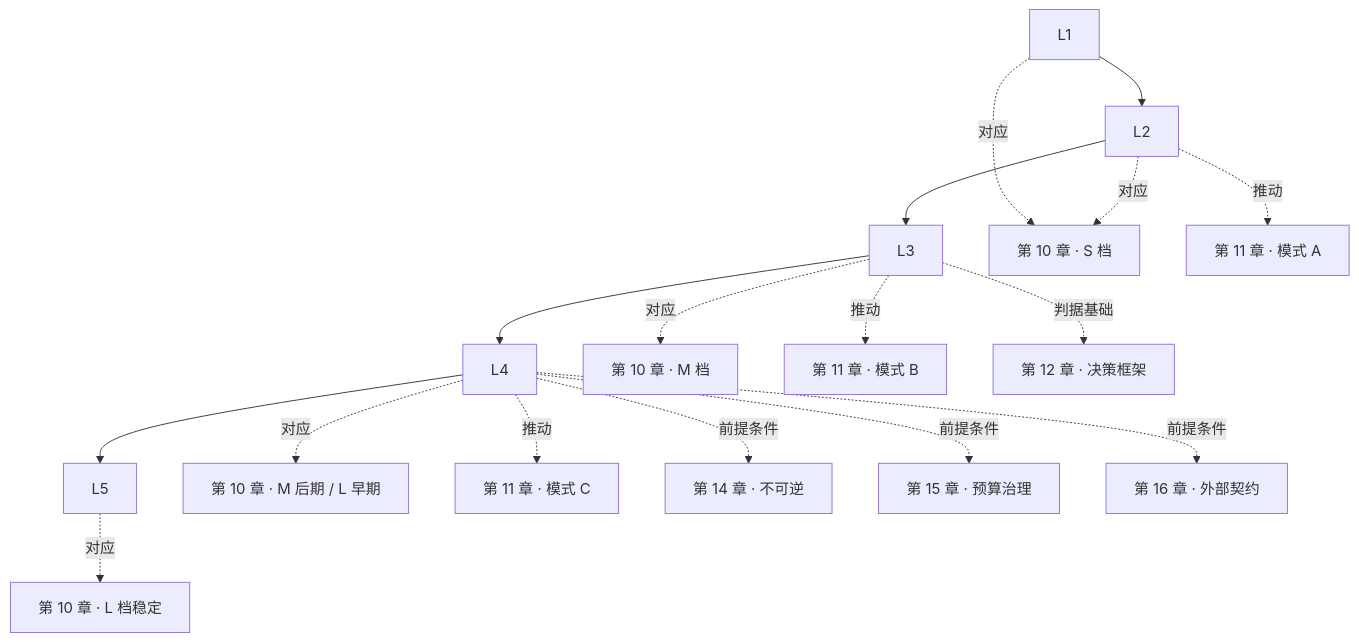
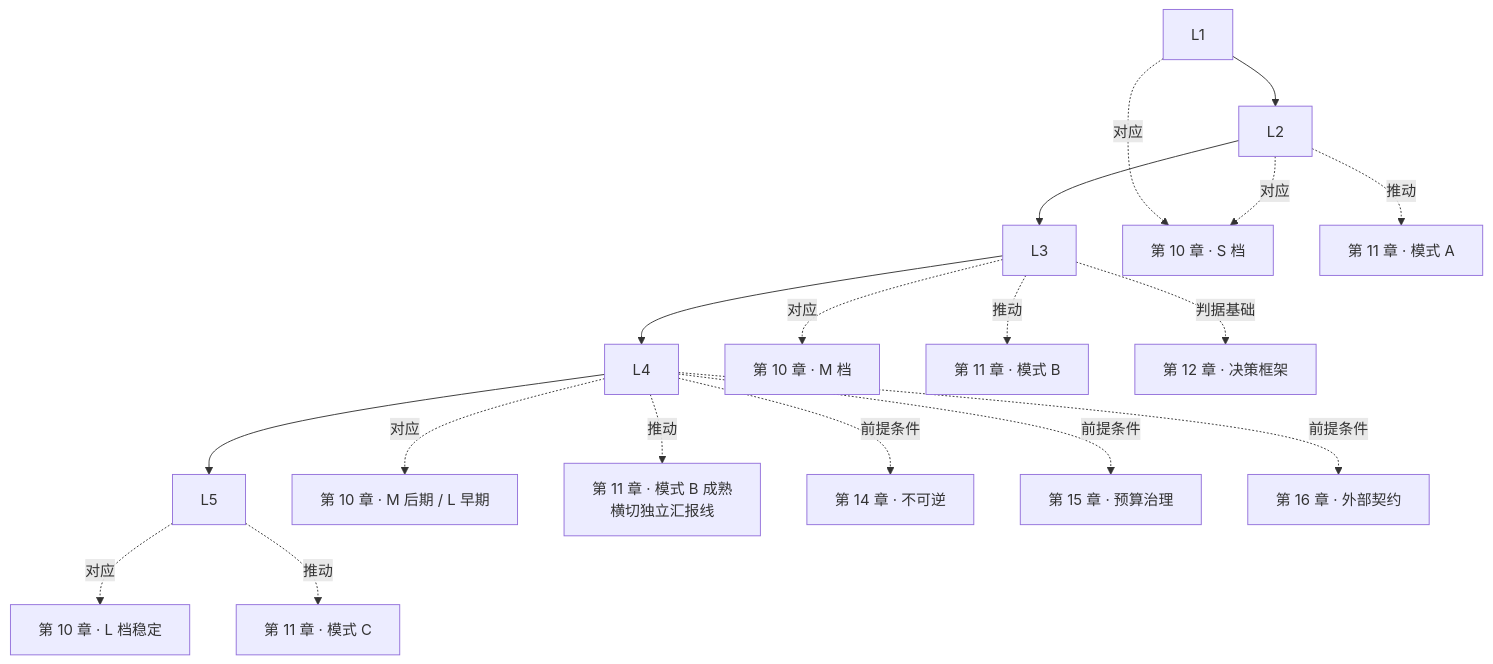
Before and after one commit to oh-my-vibe-coding/ai-reliability-architecture: the second of 2 diagrams in 架构/04-AI-SRE成熟度模型.md, drawn with Mermaid. The commit also changed other lines of this file and 93 other files, not shown here.

````diff
--- a/架构/04-AI-SRE成熟度模型.md
+++ b/架构/04-AI-SRE成熟度模型.md
@@ -302,19 +309,20 @@
 ```mermaid
 flowchart TB
     L1[L1] --> L2[L2] --> L3[L3] --> L4[L4] --> L5[L5]
 
     L1 -.对应.-> A1S[第 10 章 · S 档]
     L2 -.对应.-> A1S
     L3 -.对应.-> A1M[第 10 章 · M 档]
     L4 -.对应.-> A1ML[第 10 章 · M 后期 / L 早期]
     L5 -.对应.-> A1L[第 10 章 · L 档稳定]
 
     L2 -.推动.-> A2A[第 11 章 · 模式 A]
     L3 -.推动.-> A2B[第 11 章 · 模式 B]
-    L4 -.推动.-> A2C[第 11 章 · 模式 C]
+    L4 -.推动.-> A2B2[第 11 章 · 模式 B 成熟<br/>横切独立汇报线]
+    L5 -.推动.-> A2C[第 11 章 · 模式 C]
 
     L3 -.判据基础.-> A3[第 12 章 · 决策框架]
     L4 -.前提条件.-> A5[第 14 章 · 不可逆]
     L4 -.前提条件.-> A6[第 15 章 · 预算治理]
     L4 -.前提条件.-> A7[第 16 章 · 外部契约]
 ```
````
